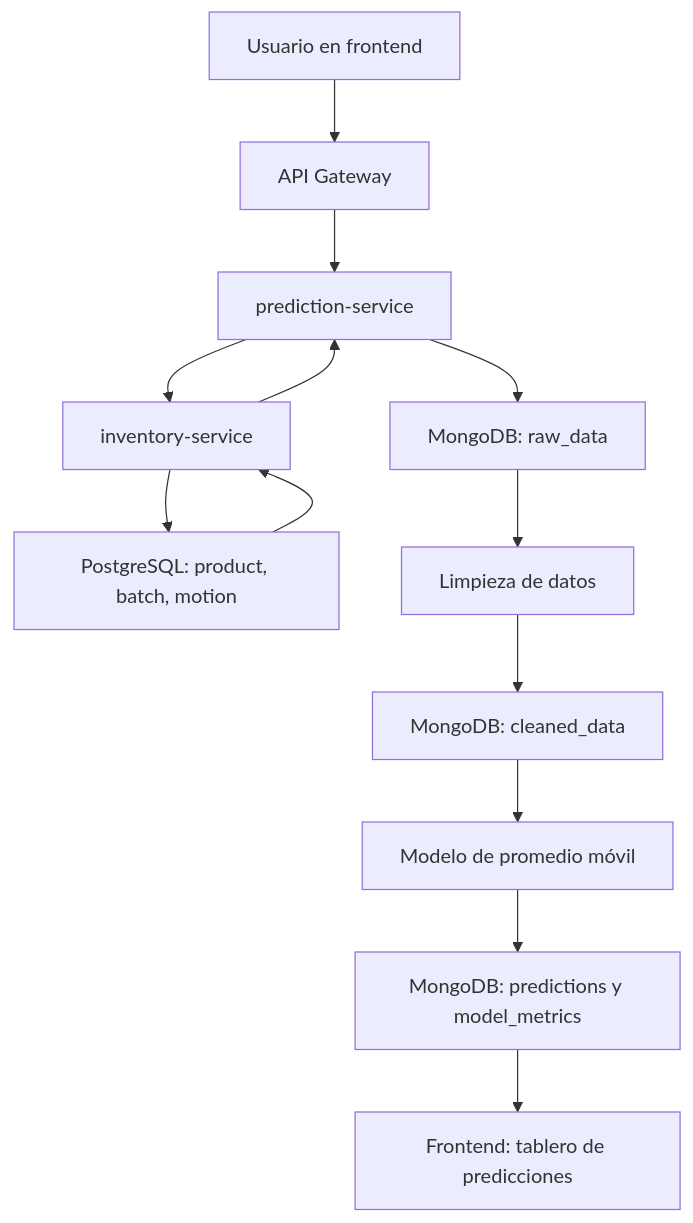
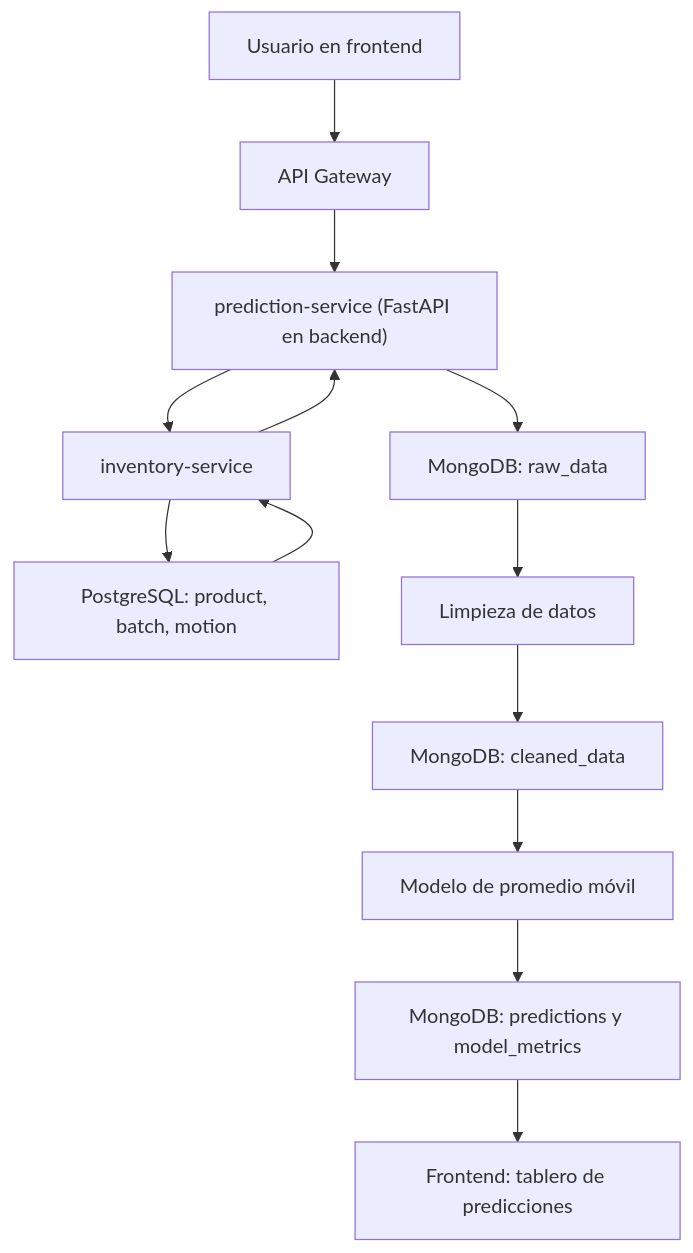
The diagram in ABP_FarmaExpres.md (FarmaExpres/FarmaExpres-Doc), drawn with Mermaid before and after one commit. The commit also changed other lines of this file and 1 other file, not shown here.

Commit message:
docs(abp): align predictive service deployment

````diff
--- a/ABP_FarmaExpres.md
+++ b/ABP_FarmaExpres.md
@@ -103,15 +111,15 @@
 ```mermaid
 flowchart TD
     A["Usuario en frontend"] --> B["API Gateway"]
-    B --> C["prediction-service"]
+    B --> C["prediction-service (FastAPI en backend)"]
     C --> D["inventory-service"]
     D --> E["PostgreSQL: product, batch, motion"]
     E --> D
     D --> C
     C --> F["MongoDB: raw_data"]
     F --> G["Limpieza de datos"]
     G --> H["MongoDB: cleaned_data"]
     H --> I["Modelo de promedio móvil"]
     I --> J["MongoDB: predictions y model_metrics"]
     J --> K["Frontend: tablero de predicciones"]
 ```
````
